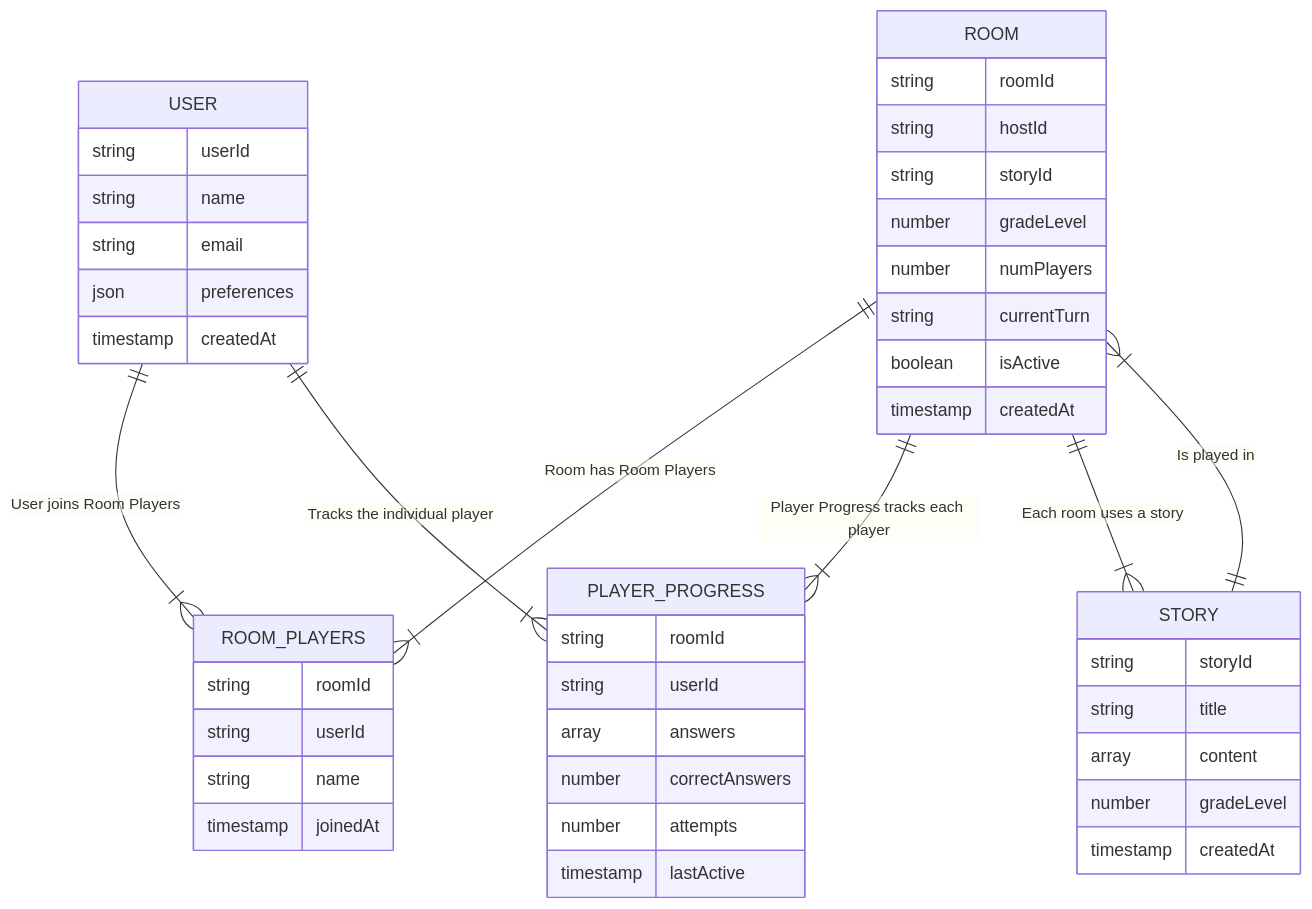
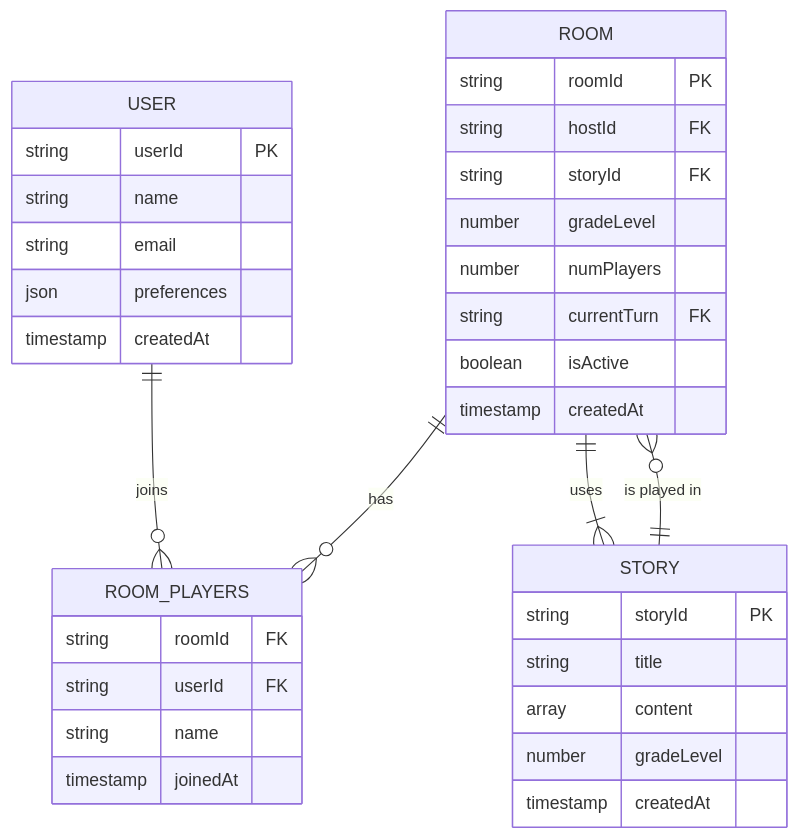
The second of 9 diagrams in documentation/docs/system-architecture/Design.md (henryschoemer/project-aac-game-team-b_bugfix_team6), drawn with Mermaid before and after one commit. The commit also changed other lines of this file and 1 other file, not shown here.

Commit message:
updated to show what Dragons feedback targeted, im gona read everything tomorrow just to make sure we are being consistent

````diff
--- a/documentation/docs/system-architecture/Design.md
+++ b/documentation/docs/system-architecture/Design.md
@@ -202,52 +202,41 @@
 ```mermaid
 erDiagram
     USER {
-        string userId 
+        string userId PK
         string name
         string email
         json preferences
         timestamp createdAt
     }
 
     ROOM {
-        string roomId 
-        string hostId 
-        string storyId 
+        string roomId PK
+        string hostId FK
+        string storyId FK
         number gradeLevel
         number numPlayers
-        string currentTurn 
+        string currentTurn FK
         boolean isActive
         timestamp createdAt
     }
 
     STORY {
-        string storyId 
+        string storyId PK
         string title
         array content
         number gradeLevel
         timestamp createdAt
     }
 
     ROOM_PLAYERS {
-        string roomId 
-        string userId 
+        string roomId FK
+        string userId FK
         string name
         timestamp joinedAt
     }
 
-    PLAYER_PROGRESS {
-        string roomId 
-        string userId 
-        array answers
-        number correctAnswers
-        number attempts
-        timestamp lastActive
-    }
-
-    USER ||--|{ ROOM_PLAYERS : "User joins Room Players"
-    ROOM ||--|{ ROOM_PLAYERS : "Room has Room Players"
-    ROOM ||--|{ PLAYER_PROGRESS : "Player Progress tracks each player"
-    ROOM ||--|{ STORY : "Each room uses a story"
-    STORY ||--|{ ROOM : "Is played in"
-    USER ||--|{ PLAYER_PROGRESS : "Tracks the individual player"
+    USER ||--o{ ROOM_PLAYERS : "joins"
+    ROOM ||--o{ ROOM_PLAYERS : "has"
+    ROOM ||--|{ STORY : "uses"
+    STORY ||--o{ ROOM : "is played in"
 ```
````
